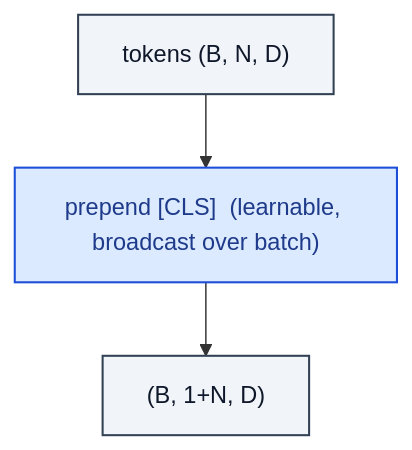
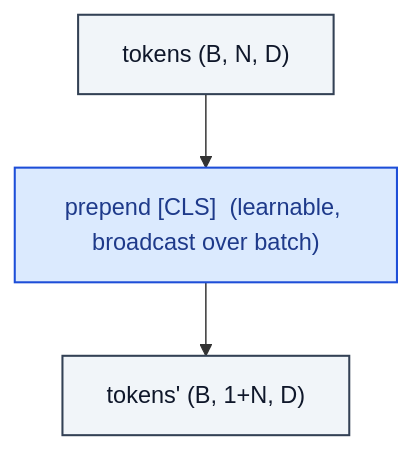
The diagram in vit/CLSToken.md (RealityShifts/Srivastava-book-of-Blocks-diagrams), drawn with Mermaid before and after one commit. The commit also changed 123 other files, not shown here.

````diff
--- a/vit/CLSToken.md
+++ b/vit/CLSToken.md
@@ -7,17 +7,18 @@
 ```mermaid
 flowchart TD
     n0_0["tokens  (B, N, D)"]:::io
     n1_0["prepend [CLS]  (learnable, broadcast over batch)"]:::op
-    n2_0["(B, 1+N, D)"]:::io
+    n2_0["tokens'  (B, 1+N, D)"]:::io
     n0_0 --> n1_0
     n1_0 --> n2_0
     classDef io fill:#f1f5f9,stroke:#334155,stroke-width:1.4px,color:#0f172a
     classDef op fill:#dbeafe,stroke:#1d4ed8,stroke-width:1.4px,color:#1e3a8a
     classDef norm fill:#dcfce7,stroke:#15803d,stroke-width:1.4px,color:#14532d
     classDef act fill:#ffedd5,stroke:#c2410c,stroke-width:1.4px,color:#7c2d12
     classDef attn fill:#ede9fe,stroke:#6d28d9,stroke-width:1.4px,color:#4c1d95
     classDef merge fill:#fef3c7,stroke:#b45309,stroke-width:1.4px,color:#78350f
     classDef emb fill:#fef9c3,stroke:#a16207,stroke-width:1.4px,color:#713f12
     classDef loss fill:#fee2e2,stroke:#b91c1c,stroke-width:1.4px,color:#7f1d1d
     classDef ctrl fill:#f5f5f4,stroke:#52525b,stroke-width:1.4px,color:#27272a
+    classDef ref fill:#e0f2fe,stroke:#0369a1,stroke-width:2px,color:#0c4a6e,stroke-dasharray: 4 2
 ```
````
